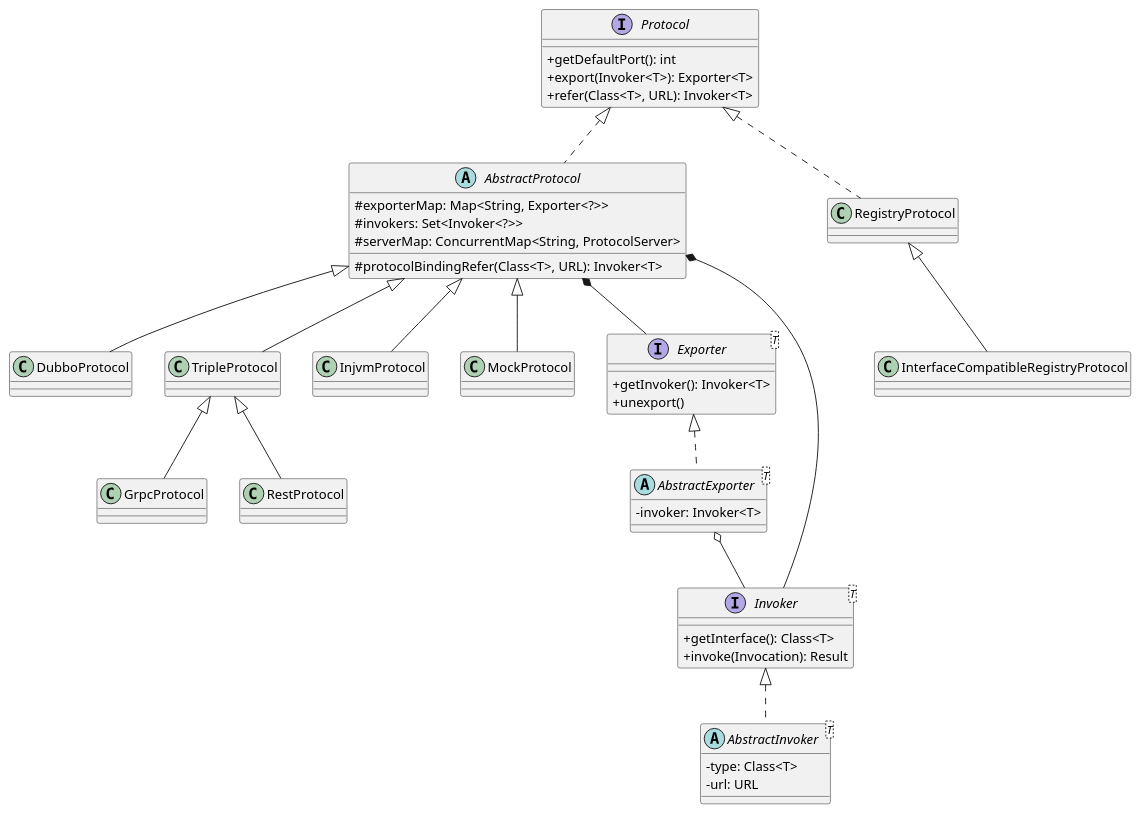
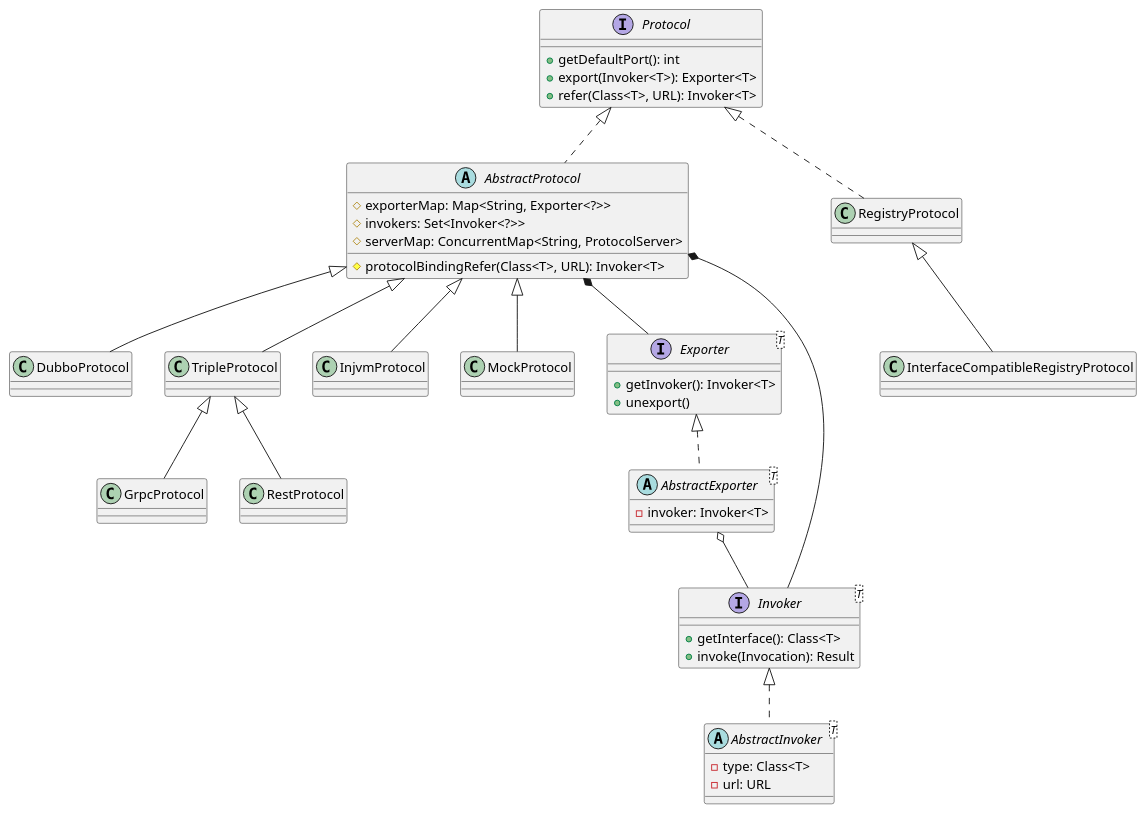
The second of 15 diagrams in content/post/network/dubbo/index.md (kevinwang930/kevinwang930.github.io), drawn with PlantUML before and after one commit. The commit also changed other lines of this file, not shown here.

````diff
--- a/content/post/network/dubbo/index.md
+++ b/content/post/network/dubbo/index.md
@@ -496,47 +495,46 @@
 ```plantuml
 @startuml
 top to bottom direction
-skinparam classAttributeIconSize 0
 
 interface Protocol {
   + getDefaultPort(): int
   + export(Invoker<T>): Exporter<T>
   + refer(Class<T>, URL): Invoker<T>
 }
 abstract class AbstractProtocol implements Protocol {
   # exporterMap: Map<String, Exporter<?>>
   # invokers: Set<Invoker<?>>
   # serverMap: ConcurrentMap<String, ProtocolServer>
   # protocolBindingRefer(Class<T>, URL): Invoker<T>
 }
 class DubboProtocol extends AbstractProtocol
 class TripleProtocol extends AbstractProtocol
 class GrpcProtocol extends TripleProtocol
 class RestProtocol extends TripleProtocol
 class InjvmProtocol extends AbstractProtocol
 class MockProtocol extends AbstractProtocol
 class RegistryProtocol implements Protocol
 class InterfaceCompatibleRegistryProtocol extends RegistryProtocol
 
 interface Exporter<T> {
   + getInvoker(): Invoker<T>
   + unexport()
 }
 abstract class AbstractExporter<T> implements Exporter {
   - invoker: Invoker<T>
 }
 
 interface Invoker<T> {
   + getInterface(): Class<T>
   + invoke(Invocation): Result
 }
 abstract class AbstractInvoker<T> implements Invoker {
   - type: Class<T>
   - url: URL
 }
 
 AbstractProtocol *-- Exporter
 AbstractProtocol *-- Invoker
 AbstractExporter o-- Invoker
 @enduml
 ```
````
